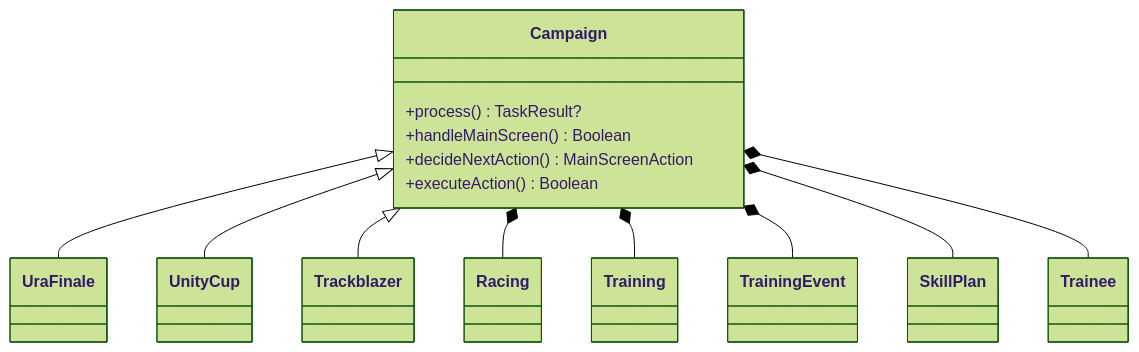
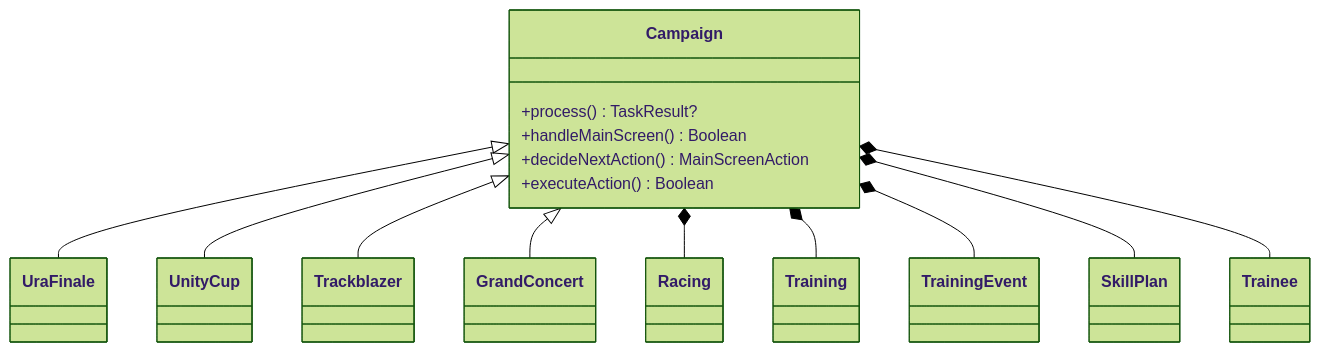
The first of 7 diagrams in HOW_IT_WORKS.md (lhceist41/uma-auto-plus), drawn with Mermaid (forest theme) before and after one commit. The commit also changed other lines of this file, not shown here.

First line of the commit message:
give grand concert its own section in how it works

````diff
--- a/HOW_IT_WORKS.md
+++ b/HOW_IT_WORKS.md
@@ -34,17 +37,18 @@
 ```mermaid
 classDiagram
     class Campaign {
         +process() TaskResult?
         +handleMainScreen() Boolean
         +decideNextAction() MainScreenAction
         +executeAction() Boolean
     }
     Campaign <|-- UraFinale
     Campaign <|-- UnityCup
     Campaign <|-- Trackblazer
+    Campaign <|-- GrandConcert
     Campaign *-- Racing
     Campaign *-- Training
     Campaign *-- TrainingEvent
     Campaign *-- SkillPlan
     Campaign *-- Trainee
 ```
````
